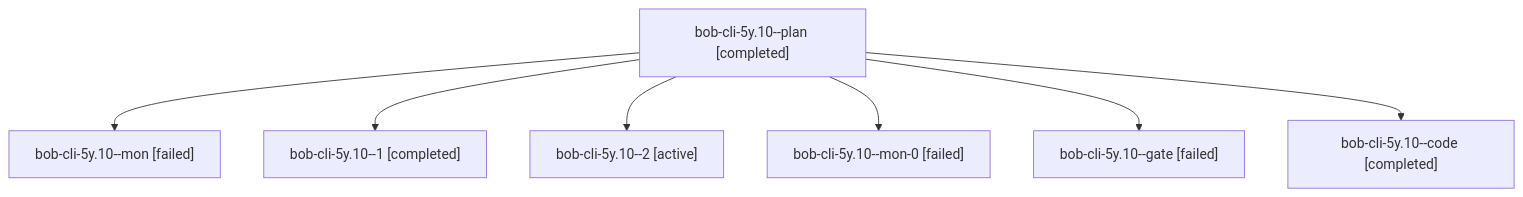
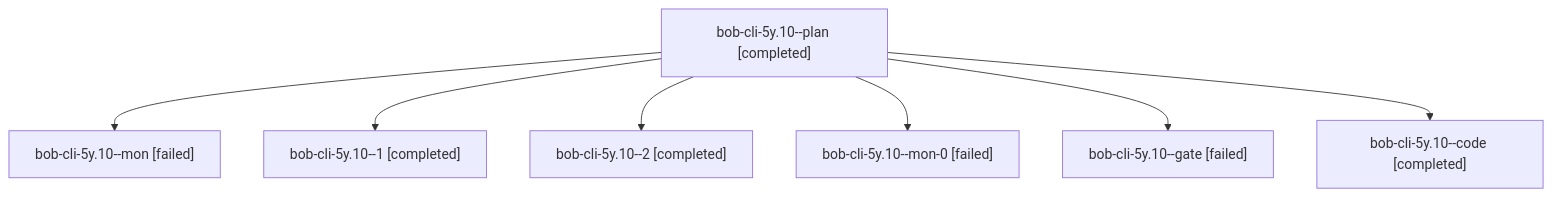
The diagram in sessions/bbugyi200.athena.bob-cli-5y.10.md (bobs-org/bob-cli--agents), drawn with Mermaid before and after one commit. The commit also changed other lines of this file and 63 other files, not shown here.

````diff
--- a/sessions/bbugyi200.athena.bob-cli-5y.10.md
+++ b/sessions/bbugyi200.athena.bob-cli-5y.10.md
@@ -9,16 +9,16 @@
 ```mermaid
 flowchart TD
   n0["bob-cli-5y.10--plan [completed]"]
   n1["bob-cli-5y.10--mon [failed]"]
   n0 --> n1
   n2["bob-cli-5y.10--1 [completed]"]
   n0 --> n2
-  n3["bob-cli-5y.10--2 [active]"]
+  n3["bob-cli-5y.10--2 [completed]"]
   n0 --> n3
   n4["bob-cli-5y.10--mon-0 [failed]"]
   n0 --> n4
   n5["bob-cli-5y.10--gate [failed]"]
   n0 --> n5
   n6["bob-cli-5y.10--code [completed]"]
   n0 --> n6
 ```
````
